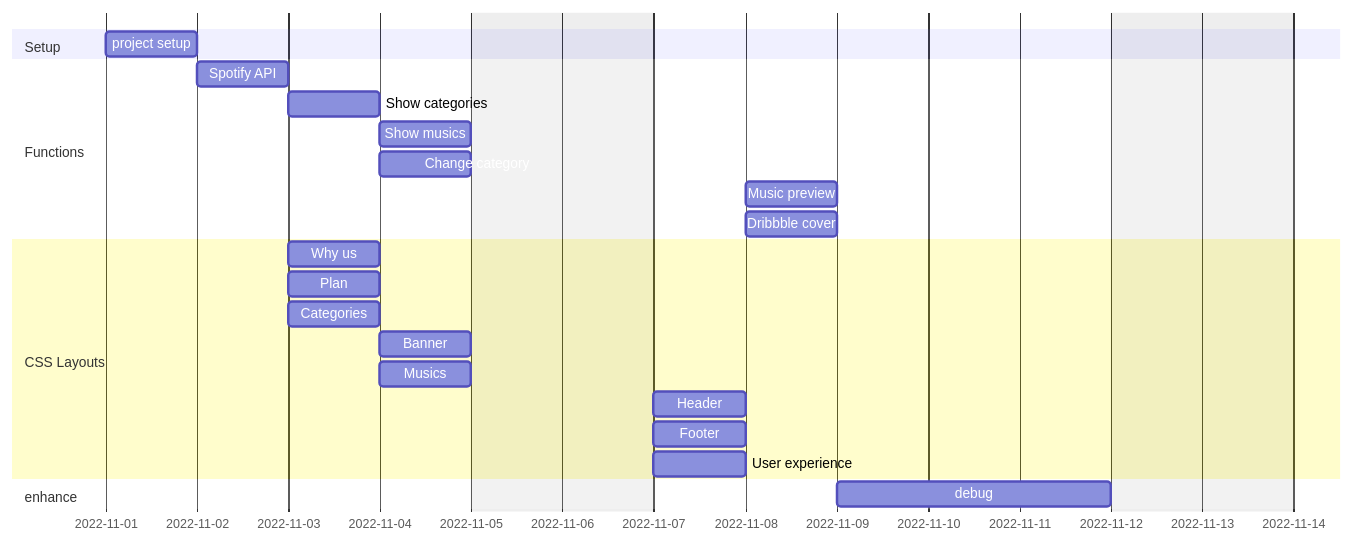
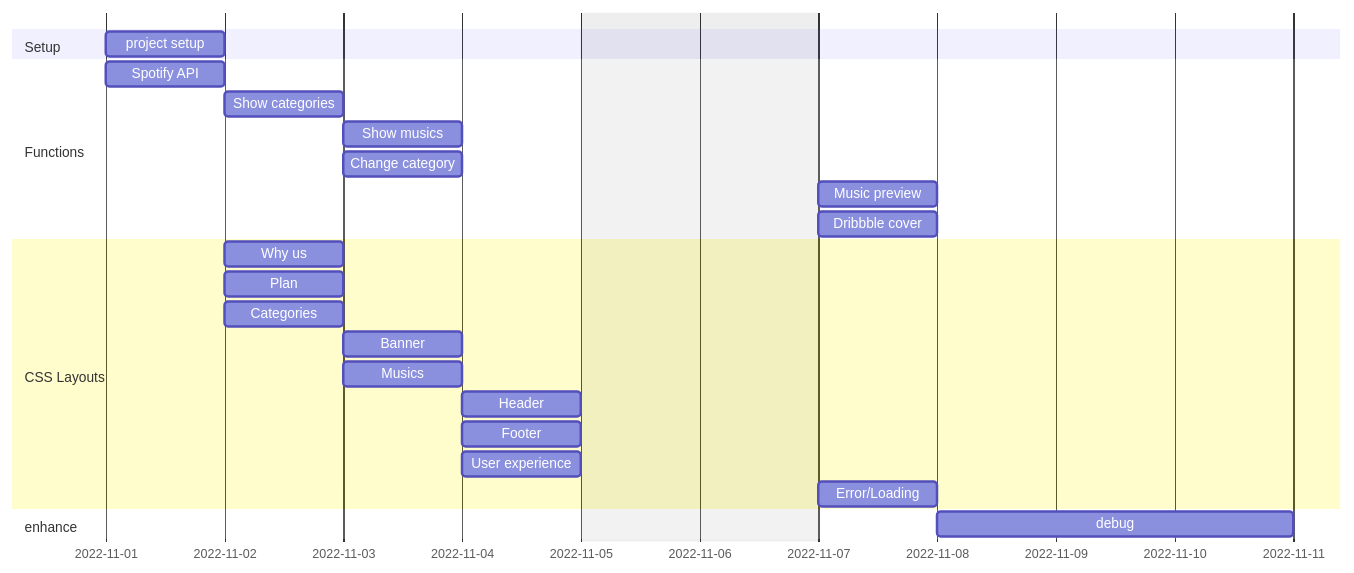
One commit to yushiang-demo/Spotify changed the diagram in Requirement.md. Above: the diagram before and after it, drawn with Mermaid. The commit also changed other lines of this file and 26 other files, not shown here.

````diff
--- a/Requirement.md
+++ b/Requirement.md
@@ -32,32 +33,33 @@
 ```mermaid
 gantt
     title  
     dateFormat  YYYY-MM-DD
     excludes Sunday, Saturday
     section Setup
     project setup   :a1, 2022-11-01, 1d
 
     section Functions
-        Spotify API         :c1, after a1  , 1d
+        Spotify API         :c1, 2022-11-01  , 1d
 
         Show categories             :c2, after c1  , 1d
         Show musics                 :c3, after c2  , 1d
         Change category             :c6, after c2  , 1d
         Music preview               :c4, after b3  , 1d
         Dribbble cover              :c5, after b3  , 1d
 
     section CSS Layouts
         Why us                              :b1, after c1  , 1d
         Plan                                :b4, after c1  , 1d
         Categories                  :b5, after c1  , 1d
         Banner                                  :b2, after b1  , 1d
         Musics                       :b6, after b1  , 1d
         Header                                      :b3, after b2  , 1d
         Footer                                      :b7, after b2  , 1d
         User experience                             :b8, after b2  , 1d
+        Error/Loading                               :b9, after b3  , 1d
 
 
     section enhance
     debug               :d1, after c5  , 3d
 
 ```
````
